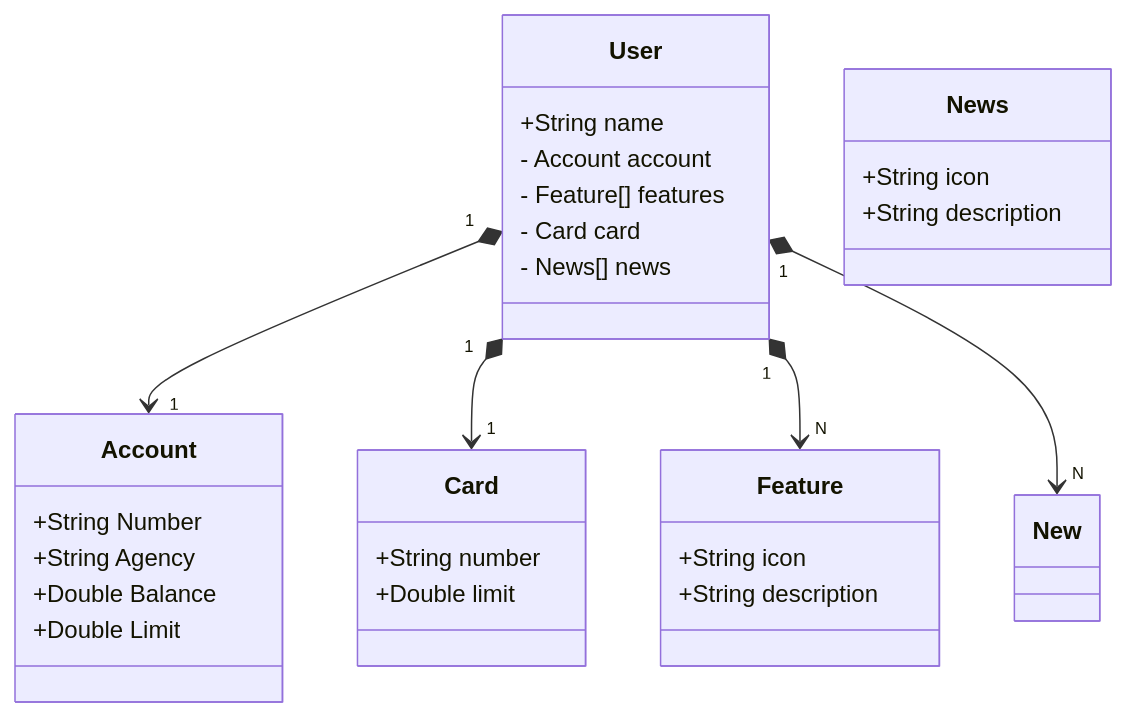
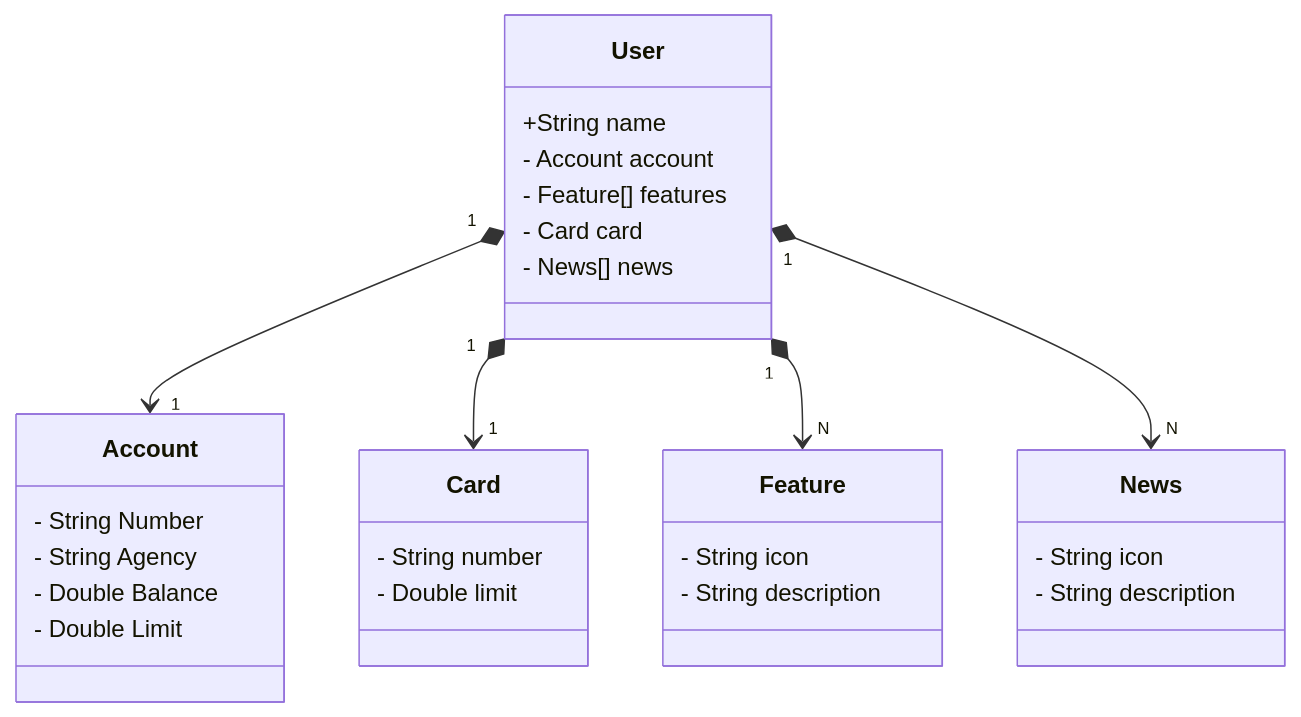
Before and after one commit to Sirius-146/santander-dev-week: the diagram in README.md, drawn with Mermaid.

Commit message:
diagram details update 2

````diff
--- a/README.md
+++ b/README.md
@@ -7,37 +7,37 @@
 ```mermaid
 classDiagram
     class User {
         +String name
         - Account account
         - Feature[] features
         - Card card
         - News[] news
     }
 
     class Account {
-        +String Number
-        +String Agency
-        +Double Balance
-        +Double Limit
+        - String Number
+        - String Agency
+        - Double Balance
+        - Double Limit
     }
 
     class Feature {
-        +String icon
-        +String description
+        - String icon
+        - String description
     }
 
     class Card {
-        +String number
-        +Double limit
+        - String number
+        - Double limit
     }
 
     class News {
-        +String icon
-        +String description
+        - String icon
+        - String description
     }
 
     User "1" *--> "1" Account
     User "1" *--> "1" Card
     User "1" *--> "N" Feature
-    User "1" *--> "N" New
+    User "1" *--> "N" News
 ```
````
